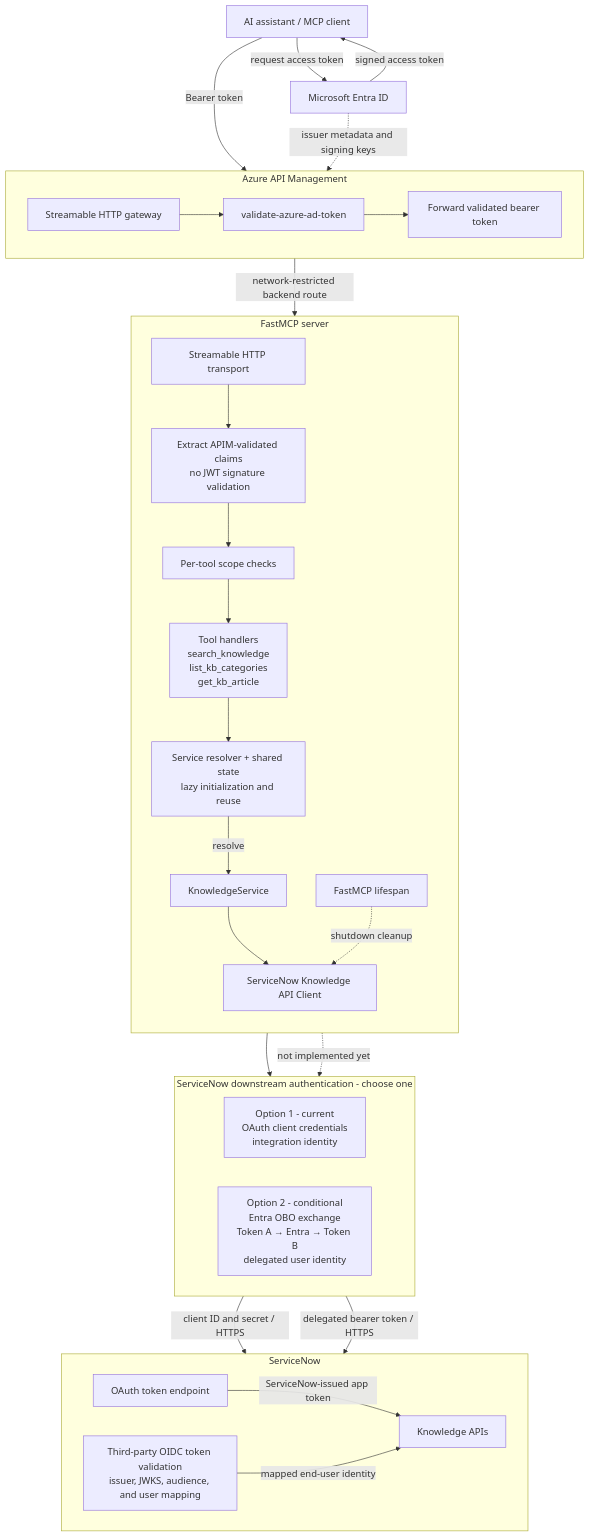
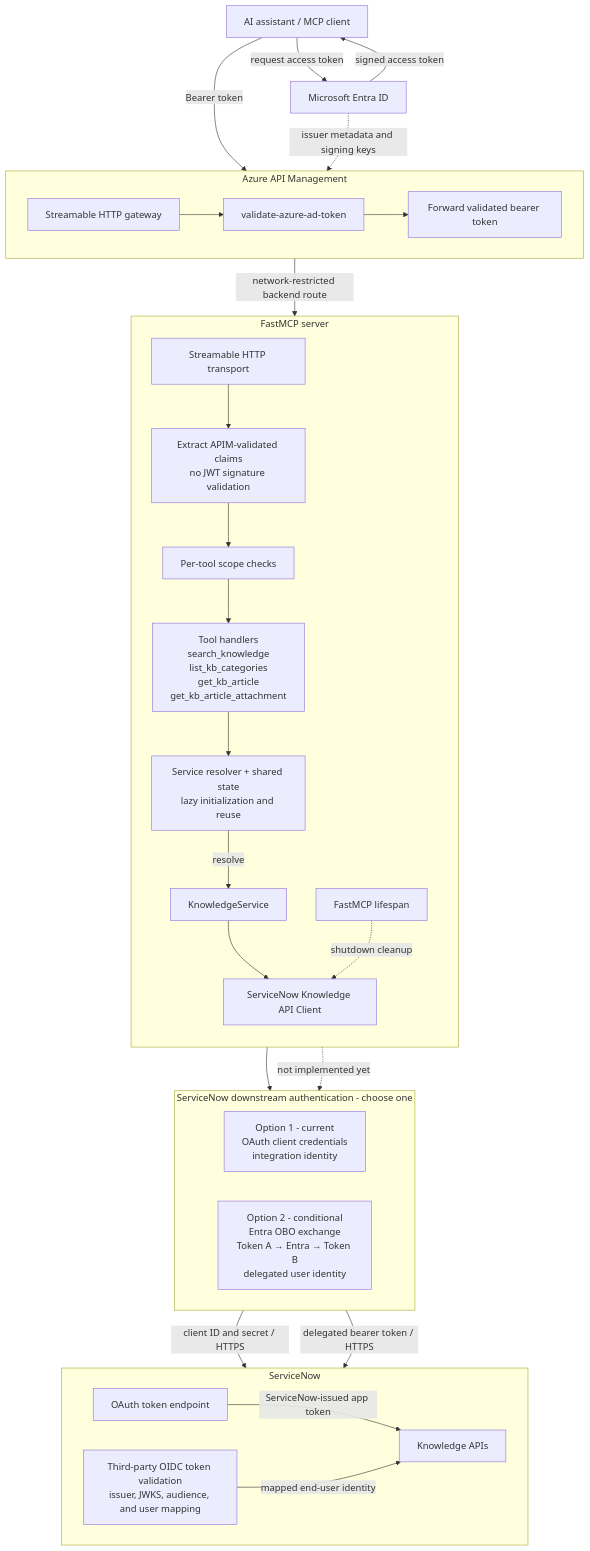
One commit to Xingyuj/SnowMCP changed the diagram in README.md. Above: the diagram before and after it, drawn with Mermaid. The commit also changed other lines of this file and 4 other files, not shown here.

````diff
--- a/README.md
+++ b/README.md
@@ -161,61 +164,61 @@
 ```mermaid
 flowchart TB
     Client[AI assistant / MCP client]
     Entra[Microsoft Entra ID]
 
     subgraph APIM[Azure API Management]
         direction LR
         Gateway[Streamable HTTP gateway]
         Validate[validate-azure-ad-token]
         Forward[Forward validated bearer token]
 
         Gateway --> Validate
         Validate --> Forward
     end
 
     subgraph FastMCP[FastMCP server]
         direction TB
         Transport[Streamable HTTP transport]
         Claims["Extract APIM-validated claims<br/>no JWT signature validation"]
         Scopes[Per-tool scope checks]
-        Tools["Tool handlers<br/>search_knowledge<br/>list_kb_categories<br/>get_kb_article"]
+        Tools["Tool handlers<br/>search_knowledge<br/>list_kb_categories<br/>get_kb_article<br/>get_kb_article_attachment"]
         Resolver["Service resolver + shared state<br/>lazy initialization and reuse"]
         Service[KnowledgeService]
         API[ServiceNow Knowledge API Client]
         Lifecycle[FastMCP lifespan]
 
         Transport --> Claims
         Claims --> Scopes
         Scopes --> Tools
         Tools --> Resolver
         Resolver -->|resolve| Service
         Service --> API
         Lifecycle -.->|shutdown cleanup| API
     end
 
     subgraph DownstreamAuth[ServiceNow downstream authentication - choose one]
         direction LR
         ClientCredentials["Option 1 - current<br/>OAuth client credentials<br/>integration identity"]
         OBO["Option 2 - conditional<br/>Entra OBO exchange<br/>Token A → Entra → Token B<br/>delegated user identity"]
     end
 
     subgraph ServiceNow[ServiceNow]
         direction LR
         TokenEndpoint[OAuth token endpoint]
         OIDC["Third-party OIDC token validation<br/>issuer, JWKS, audience, and user mapping"]
         SN[Knowledge APIs]
 
         TokenEndpoint -->|ServiceNow-issued app token| SN
         OIDC -->|mapped end-user identity| SN
     end
 
     Client -->|request access token| Entra
     Entra -->|signed access token| Client
     Client -->|Bearer token| Gateway
     Entra -.->|issuer metadata and signing keys| Validate
     Forward -->|network-restricted backend route| Transport
     API --> ClientCredentials
     ClientCredentials -->|client ID and secret / HTTPS| TokenEndpoint
     API -.->|not implemented yet| OBO
     OBO -->|delegated bearer token / HTTPS| OIDC
 ```
````
